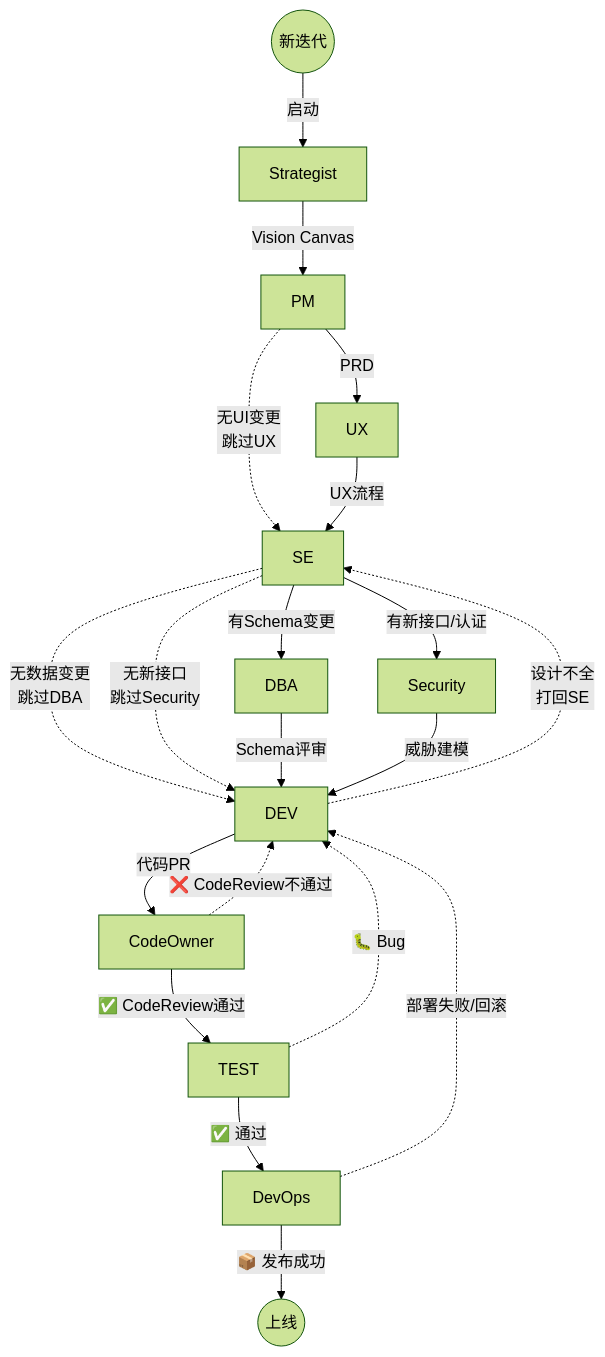
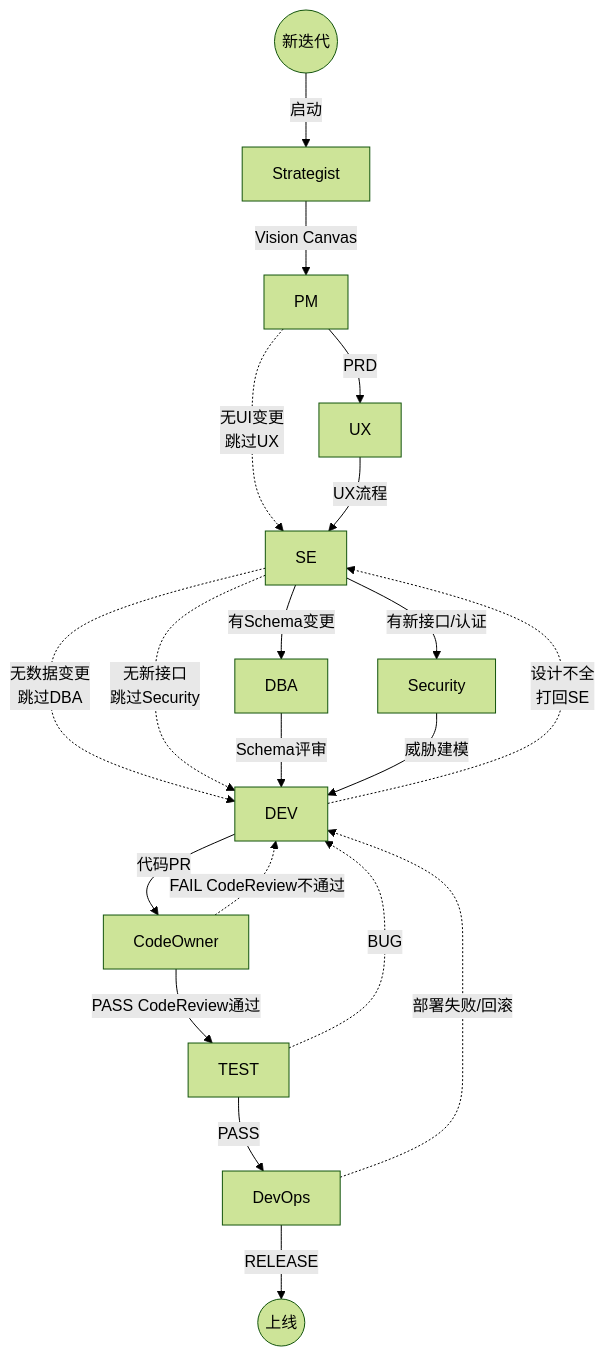
Before and after one commit to vince173/zcode-enterprise-workflow: the first of 2 diagrams in skills/enterprise-workflow/SKILL.md, drawn with Mermaid (forest theme). The commit also changed other lines of this file and 53 other files, not shown here.

Commit message:
refactor: 全局替换emoji为纯文本 — PASS/FAIL/WARN/RUNNING/PENDING/SKIPPED

````diff
--- a/skills/enterprise-workflow/SKILL.md
+++ b/skills/enterprise-workflow/SKILL.md
@@ -243,26 +243,26 @@
 ```mermaid
 flowchart TB
     START((新迭代)) -->|启动| S[Strategist]
     S -->|Vision Canvas| PM
     PM -->|PRD| UX
     PM -.->|无UI变更<br/>跳过UX| SE
     UX -->|UX流程| SE
     SE -->|有Schema变更| DBA
     SE -->|有新接口/认证| SEC[Security]
     SE -.->|无数据变更<br/>跳过DBA| DEV
     SE -.->|无新接口<br/>跳过Security| DEV
 
     DBA -->|Schema评审| DEV
     SEC -->|威胁建模| DEV
 
     DEV -.->|设计不全<br/>打回SE| SE
     DEV -->|代码PR| CO[CodeOwner]
-    CO -->|✅ CodeReview通过| TEST
-    CO -.->|❌ CodeReview不通过| DEV
+    CO -->|PASS CodeReview通过| TEST
+    CO -.->|FAIL CodeReview不通过| DEV
 
-    TEST -->|✅ 通过| DevOps
-    TEST -.->|🐛 Bug| DEV
+    TEST -->|PASS| DevOps
+    TEST -.->|BUG| DEV
 
     DevOps -.->|部署失败/回滚| DEV
-    DevOps -->|📦 发布成功| DONE((上线))
+    DevOps -->|RELEASE| DONE((上线))
 ```
````
